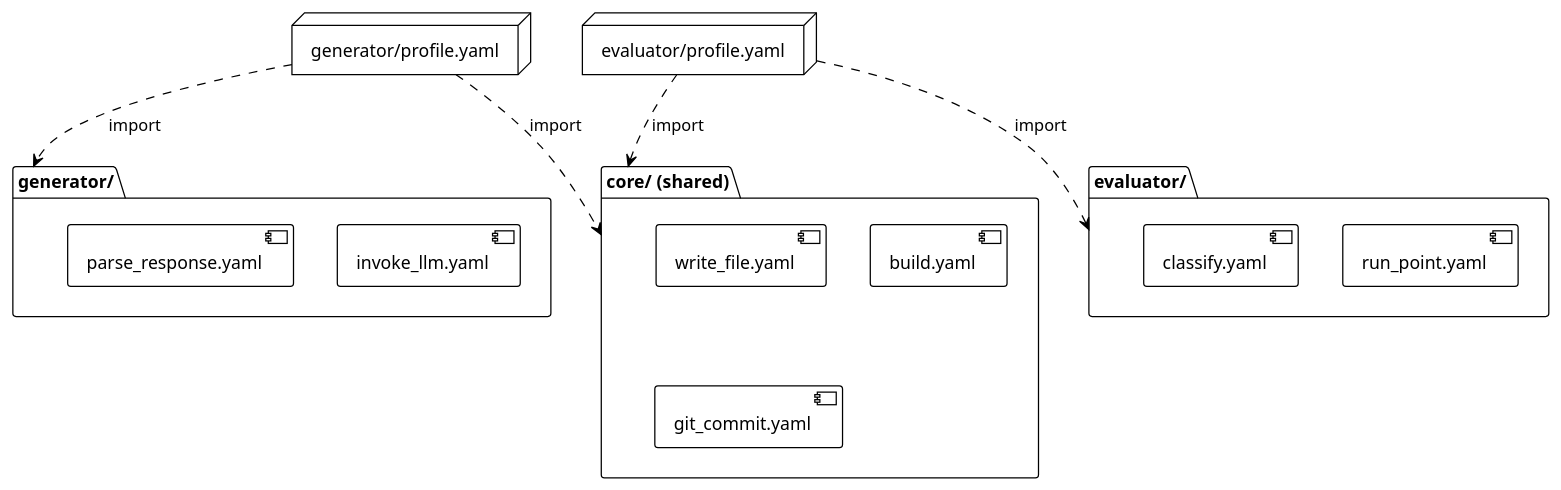
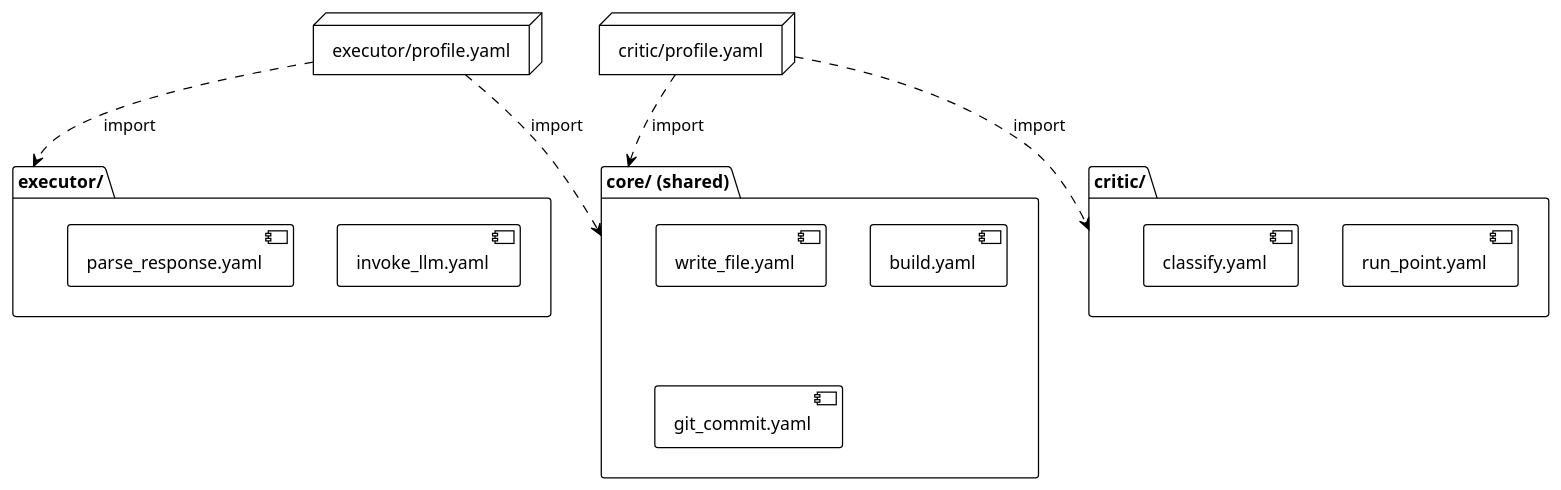
Before and after one commit to Acharya320/declarative-agents: the diagram in design-patterns/figures/fig-09-profile-packages.puml, drawn with PlantUML. The commit also changed 3 other files, not shown here.

```diff
--- a/design-patterns/figures/fig-09-profile-packages.puml
+++ b/design-patterns/figures/fig-09-profile-packages.puml
@@ -1,27 +1,27 @@
 @startuml
 !theme plain
 
 package "core/ (shared)" {
   [write_file.yaml] as a1
   [build.yaml] as a2
   [git_commit.yaml] as a3
 }
 
-package "generator/" {
+package "executor/" {
   [invoke_llm.yaml] as b1
   [parse_response.yaml] as b2
 }
 
-package "evaluator/" {
+package "critic/" {
   [run_point.yaml] as c1
   [classify.yaml] as c2
 }
 
-node "generator/profile.yaml" as GP
-node "evaluator/profile.yaml" as EP
+node "executor/profile.yaml" as GP
+node "critic/profile.yaml" as EP
 
 GP ..> "core/ (shared)" : import
-GP ..> "generator/" : import
+GP ..> "executor/" : import
 EP ..> "core/ (shared)" : import
-EP ..> "evaluator/" : import
+EP ..> "critic/" : import
 @enduml
```
